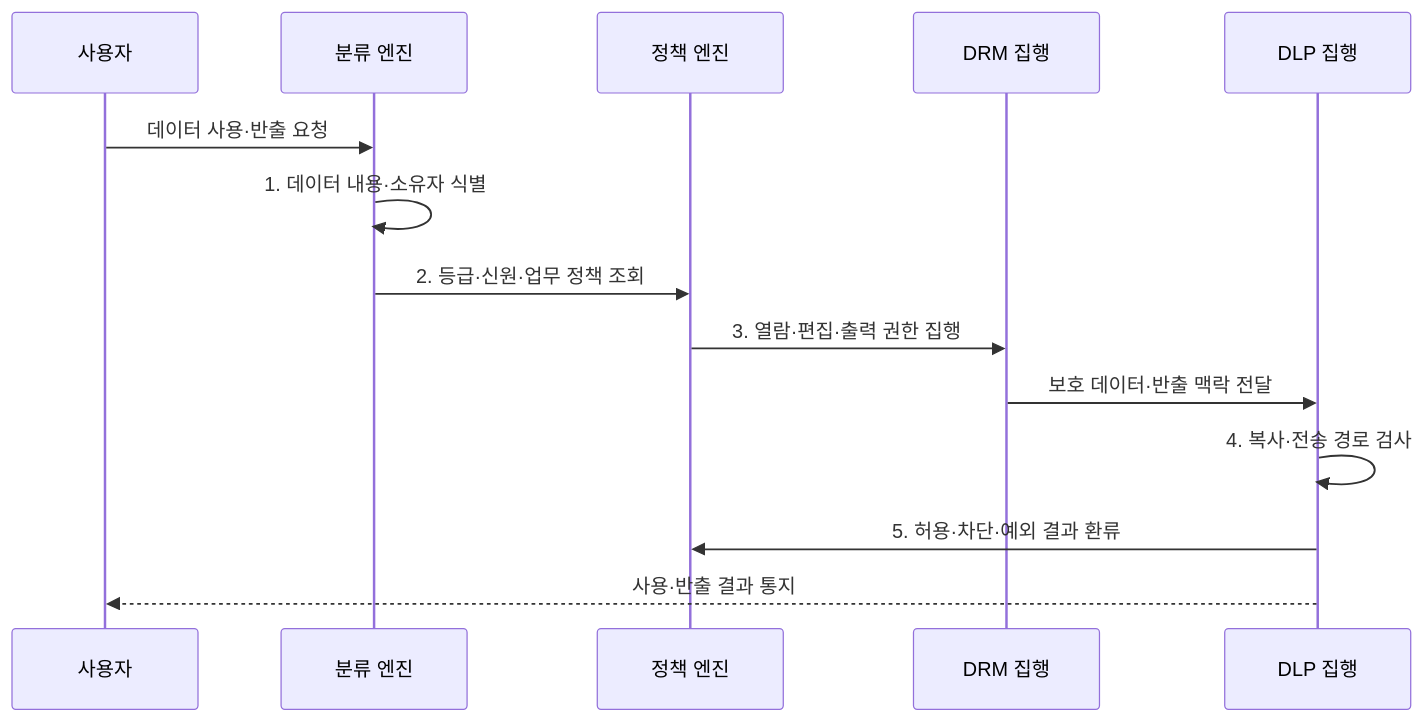
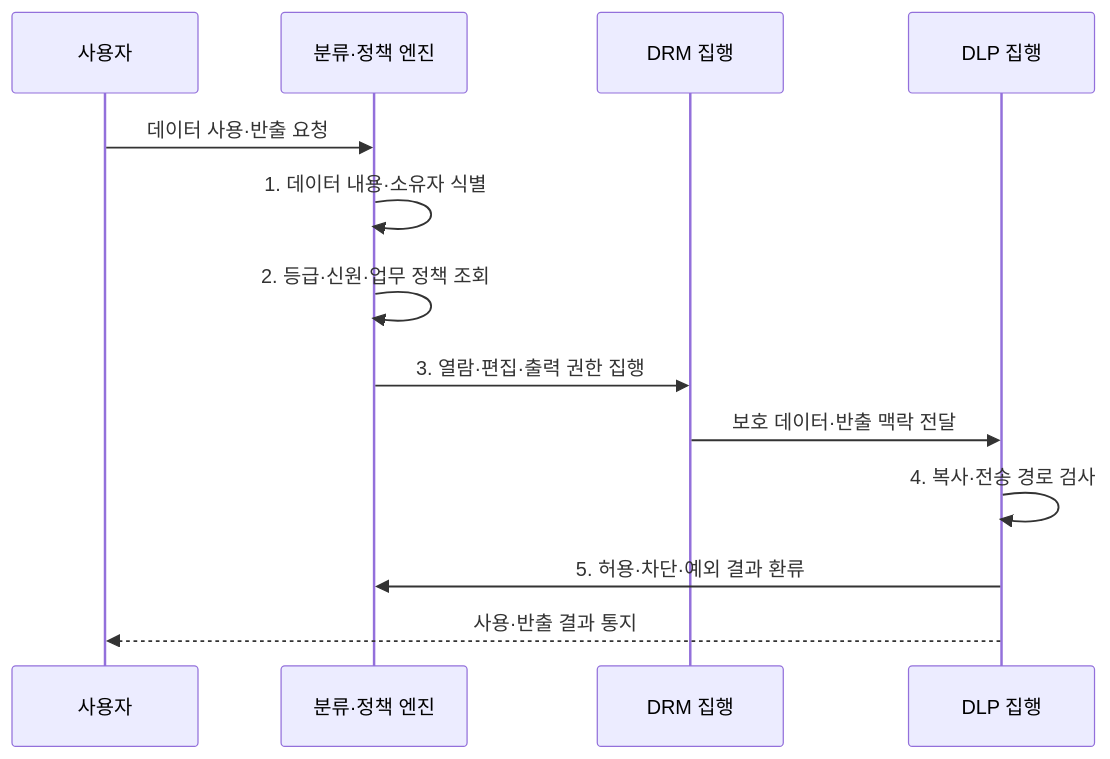
The second of 2 diagrams in src/content/docs/notes/05-security/142_drm_dlp.md (agnusdei1207/knowledge-base), drawn with Mermaid before and after one commit. The commit also changed 5 other files, not shown here.

Commit message:
Simplify security architecture sequences

````diff
--- a/src/content/docs/notes/05-security/142_drm_dlp.md
+++ b/src/content/docs/notes/05-security/142_drm_dlp.md
@@ -98,16 +98,15 @@
 ```mermaid
 sequenceDiagram
   participant U as 사용자
-  participant C as 분류 엔진
-  participant P as 정책 엔진
+  participant P as 분류·정책 엔진
   participant R as DRM 집행
   participant D as DLP 집행
-  U->>C: 데이터 사용·반출 요청
-  C->>C: 1. 데이터 내용·소유자 식별
-  C->>P: 2. 등급·신원·업무 정책 조회
+  U->>P: 데이터 사용·반출 요청
+  P->>P: 1. 데이터 내용·소유자 식별
+  P->>P: 2. 등급·신원·업무 정책 조회
   P->>R: 3. 열람·편집·출력 권한 집행
   R->>D: 보호 데이터·반출 맥락 전달
   D->>D: 4. 복사·전송 경로 검사
   D->>P: 5. 허용·차단·예외 결과 환류
   D-->>U: 사용·반출 결과 통지
 ```
````
